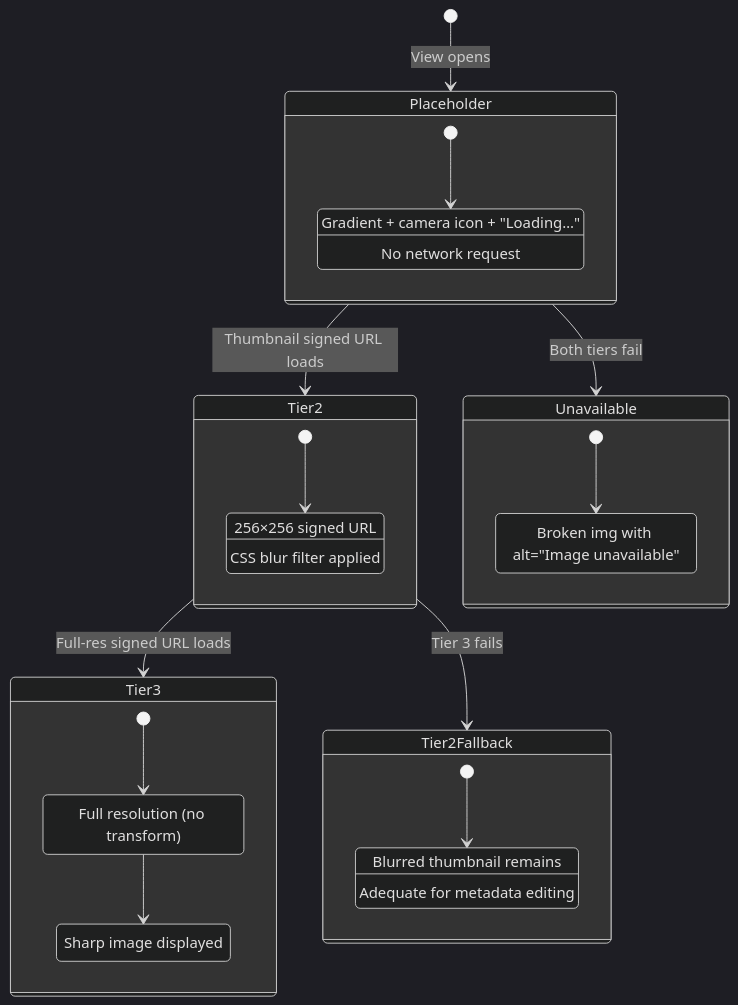
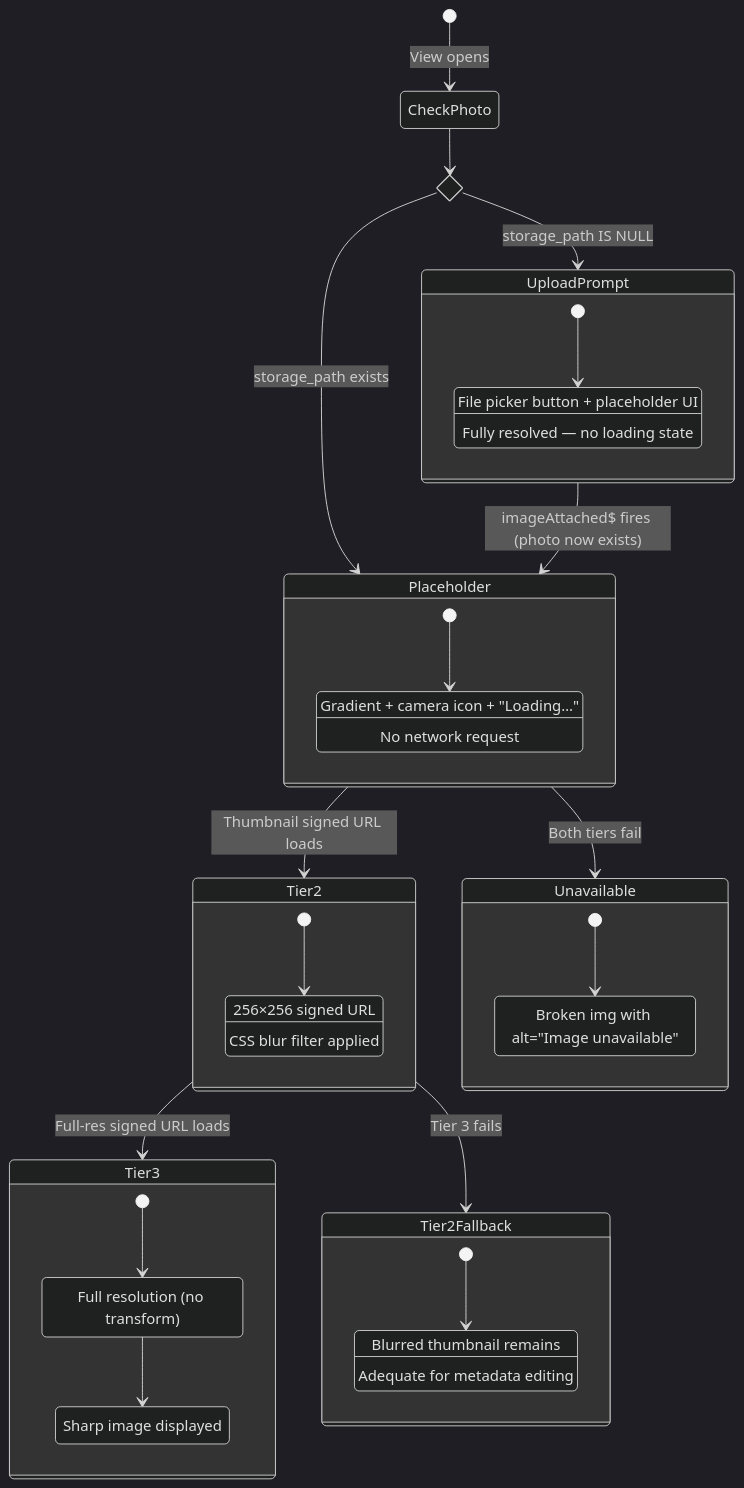
One commit to matkleve/feldpost changed the second of 5 diagrams in docs/element-specs/image-detail-photo-viewer.md. Above: the diagram before and after it, drawn with Mermaid (dark theme). The commit also changed other lines of this file and 15 other files, not shown here.

First line of the commit message:
feat: implement upload prompt for photo-less state in ImageDetailView

````diff
--- a/docs/element-specs/image-detail-photo-viewer.md
+++ b/docs/element-specs/image-detail-photo-viewer.md
@@ -100,37 +115,51 @@
 ```mermaid
 stateDiagram-v2
-    [*] --> Placeholder : View opens
+    [*] --> CheckPhoto : View opens
+
+    state hasPhoto <<choice>>
+    CheckPhoto --> hasPhoto
+    hasPhoto --> UploadPrompt : storage_path IS NULL
+    hasPhoto --> Placeholder : storage_path exists
+
+    state UploadPrompt {
+        [*] --> NoPhotoReady
+        NoPhotoReady : File picker button + placeholder UI
+        NoPhotoReady : Fully resolved — no loading state
+    }
+
     state Placeholder {
         [*] --> CSSGradient
         CSSGradient : Gradient + camera icon + "Loading…"
         CSSGradient : No network request
     }
 
     Placeholder --> Tier2 : Thumbnail signed URL loads
     state Tier2 {
         [*] --> BlurredThumb
         BlurredThumb : 256×256 signed URL
         BlurredThumb : CSS blur filter applied
     }
 
     Tier2 --> Tier3 : Full-res signed URL loads
     state Tier3 {
         [*] --> Crossfade
         Crossfade : Full resolution (no transform)
         Crossfade --> FullRes
         FullRes : Sharp image displayed
     }
 
     Tier2 --> Tier2Fallback : Tier 3 fails
     state Tier2Fallback {
         [*] --> ThumbStays
         ThumbStays : Blurred thumbnail remains
         ThumbStays : Adequate for metadata editing
     }
 
     Placeholder --> Unavailable : Both tiers fail
     state Unavailable {
         [*] --> ErrorPlaceholder
         ErrorPlaceholder : Broken img with alt="Image unavailable"
     }
+
+    UploadPrompt --> Placeholder : imageAttached$ fires (photo now exists)
 ```
````
